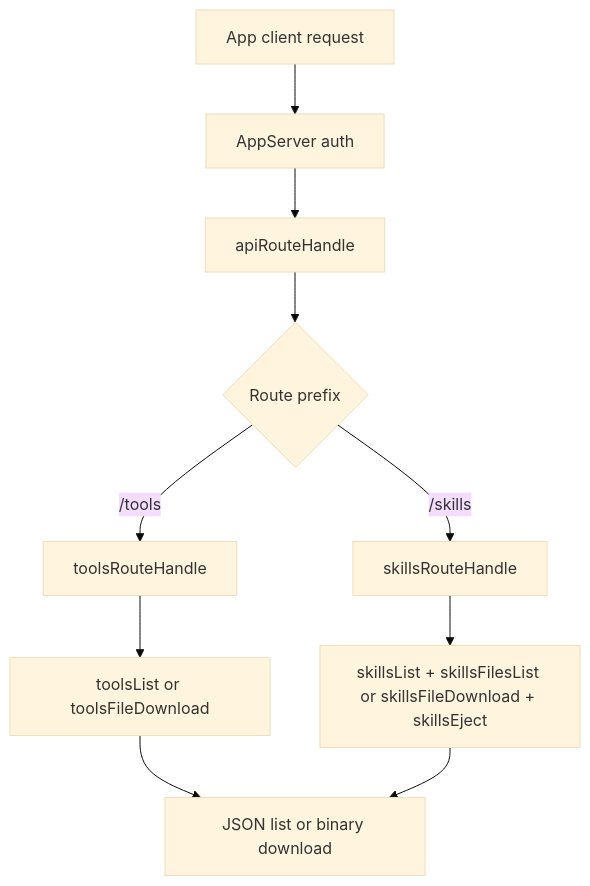
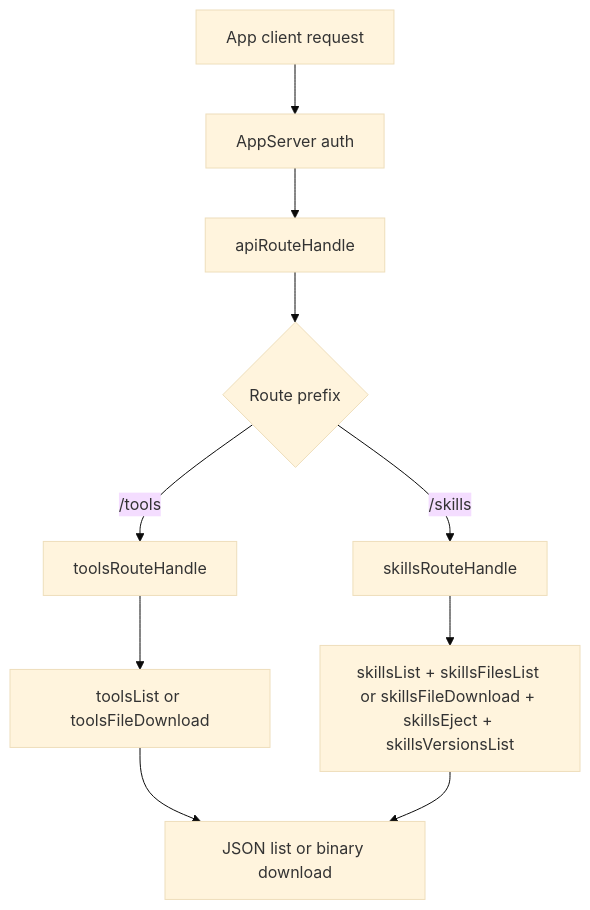
Before and after one commit to ex3ndr/daycare: the diagram in doc/app-api-tools-skills-files.md, drawn with Mermaid (base theme). The commit also changed other lines of this file and 22 other files, not shown here.

````diff
--- a/doc/app-api-tools-skills-files.md
+++ b/doc/app-api-tools-skills-files.md
@@ -39,12 +42,12 @@
 ```mermaid
 flowchart TD
     A[App client request] --> B[AppServer auth]
     B --> C[apiRouteHandle]
     C --> D{Route prefix}
     D -->|/tools| E[toolsRouteHandle]
     D -->|/skills| F[skillsRouteHandle]
     E --> G[toolsList or toolsFileDownload]
-    F --> H[skillsList + skillsFilesList or skillsFileDownload + skillsEject]
+    F --> H[skillsList + skillsFilesList or skillsFileDownload + skillsEject + skillsVersionsList]
     G --> I[JSON list or binary download]
     H --> I
 ```
````
